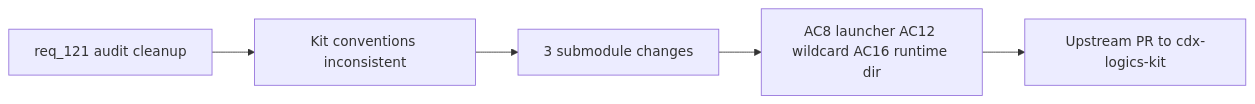
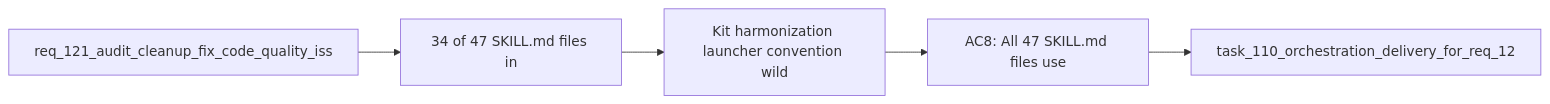
The diagram in logics/backlog/item_211_kit_harmonization_launcher_convention_wildcard_import_and_runtime_directory_relocation.md (AlexAgo83/logics-manager), drawn with Mermaid before and after one commit. The commit also changed 481 other files, not shown here.

````diff
--- a/logics/backlog/item_211_kit_harmonization_launcher_convention_wildcard_import_and_runtime_directory_relocation.md
+++ b/logics/backlog/item_211_kit_harmonization_launcher_convention_wildcard_import_and_runtime_directory_relocation.md
@@ -22,9 +22,9 @@
 ```mermaid
 %% logics-kind: backlog
 %% logics-signature: backlog|kit-harmonization-launcher-convention-wi|req-121-audit-cleanup-fix-code-quality-i|34-of-47-skill-md-files-in|ac8-all-47-skill-md-files-use
 flowchart LR
-    Request[req_121 audit cleanup] --> Problem[Kit conventions inconsistent]
-    Problem --> Scope[3 submodule changes]
-    Scope --> AC[AC8 launcher AC12 wildcard AC16 runtime dir]
-    AC --> PR[Upstream PR to cdx-logics-kit]
+    Request[req_121_audit_cleanup_fix_code_quality_iss] --> Problem[34 of 47 SKILL.md files in]
+    Problem --> Scope[Kit harmonization launcher convention wild]
+    Scope --> Acceptance[AC8: All 47 SKILL.md files use]
+    Acceptance --> Tasks[task_110_orchestration_delivery_for_req_12]
 ```
````
